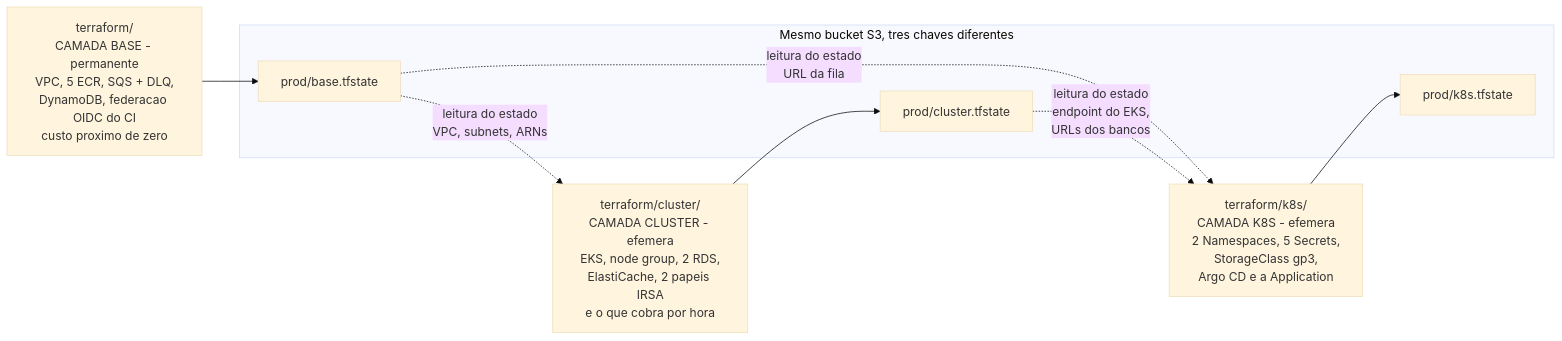
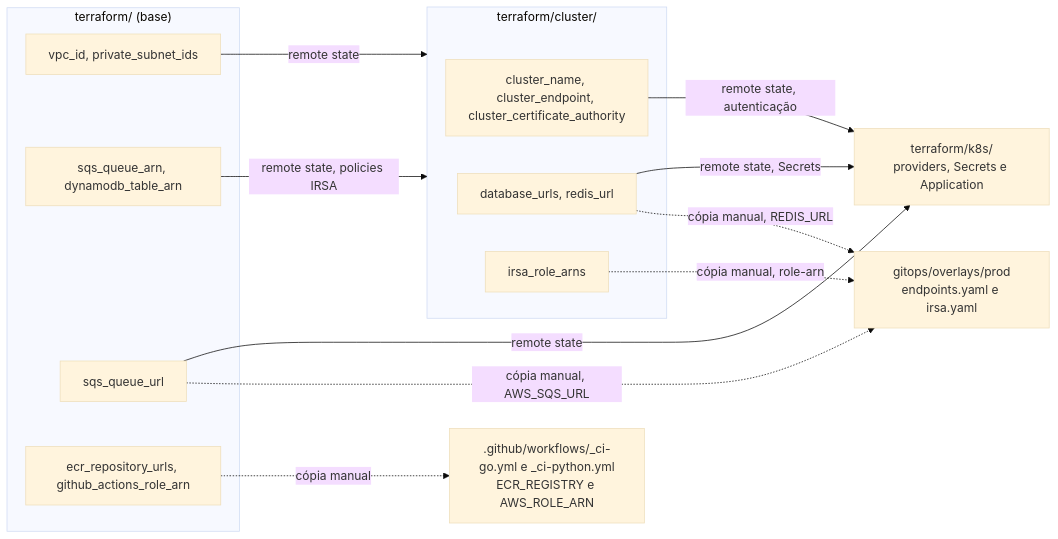
One commit to fiap-devops-arqcloud-2026/tech-challenge-03 changed the second of 2 diagrams in docs/ARQUITETURA.md. Above: the diagram before and after it, drawn with Mermaid (base theme). The commit also changed other lines of this file and 22 other files, not shown here.

````diff
--- a/docs/ARQUITETURA.md
+++ b/docs/ARQUITETURA.md
@@ -162,20 +90,27 @@
 ```mermaid
 flowchart LR
-  BASE["terraform/<br/>CAMADA BASE - permanente<br/>VPC, 5 ECR, SQS + DLQ,<br/>DynamoDB, federacao OIDC do CI<br/>custo proximo de zero"]
-  CLU["terraform/cluster/<br/>CAMADA CLUSTER - efemera<br/>EKS, node group, 2 RDS,<br/>ElastiCache, 2 papeis IRSA<br/>e o que cobra por hora"]
-  K8S["terraform/k8s/<br/>CAMADA K8S - efemera<br/>2 Namespaces, 5 Secrets,<br/>StorageClass gp3,<br/>Argo CD e a Application"]
+  subgraph BASE["terraform/ (base)"]
+    B1["vpc_id, private_subnet_ids"]
+    B2["sqs_queue_arn, dynamodb_table_arn"]
+    B3["sqs_queue_url"]
+    B4["ecr_repository_urls, github_actions_role_arn"]
+  end
+  subgraph CLU["terraform/cluster/"]
+    C1["cluster_name, cluster_endpoint, cluster_certificate_authority"]
+    C2["database_urls, redis_url"]
+    C3["irsa_role_arns"]
+  end
+  K8S["terraform/k8s/<br/>providers, Secrets e Application"]
+  WF[".github/workflows/_ci-go.yml e _ci-python.yml<br/>ECR_REGISTRY e AWS_ROLE_ARN"]
+  OV["gitops/overlays/prod<br/>endpoints.yaml e irsa.yaml"]
 
-  subgraph S3B["Mesmo bucket S3, tres chaves diferentes"]
-    K1["prod/base.tfstate"]
-    K2["prod/cluster.tfstate"]
-    K3["prod/k8s.tfstate"]
-  end
-
-  BASE --> K1
-  CLU --> K2
-  K8S --> K3
-
-  K1 -.->|"leitura do estado<br/>VPC, subnets, ARNs"| CLU
-  K1 -.->|"leitura do estado<br/>URL da fila"| K8S
-  K2 -.->|"leitura do estado<br/>endpoint do EKS,<br/>URLs dos bancos"| K8S
+  B1 -->|"remote state"| CLU
+  B2 -->|"remote state, policies IRSA"| CLU
+  B3 -->|"remote state"| K8S
+  C1 -->|"remote state, autenticação"| K8S
+  C2 -->|"remote state, Secrets"| K8S
+  B4 -.->|"cópia manual"| WF
+  B3 -.->|"cópia manual, AWS_SQS_URL"| OV
+  C2 -.->|"cópia manual, REDIS_URL"| OV
+  C3 -.->|"cópia manual, role-arn"| OV
 ```
````
